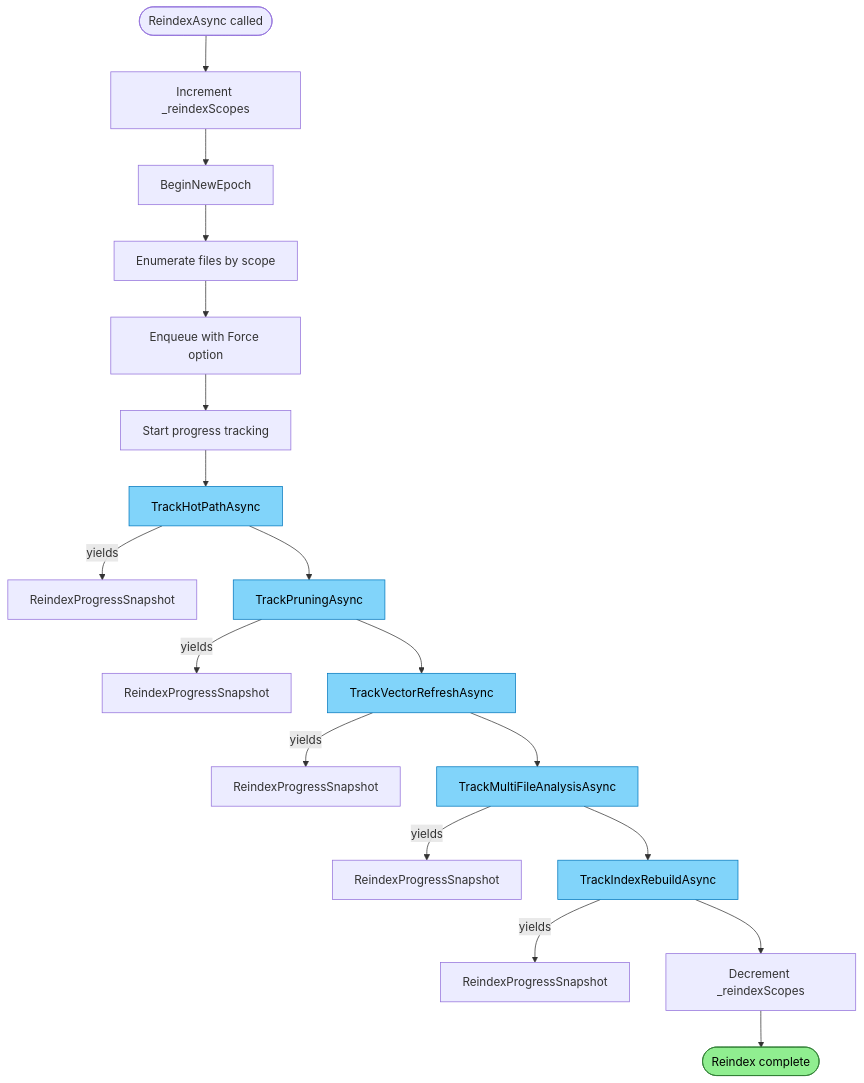
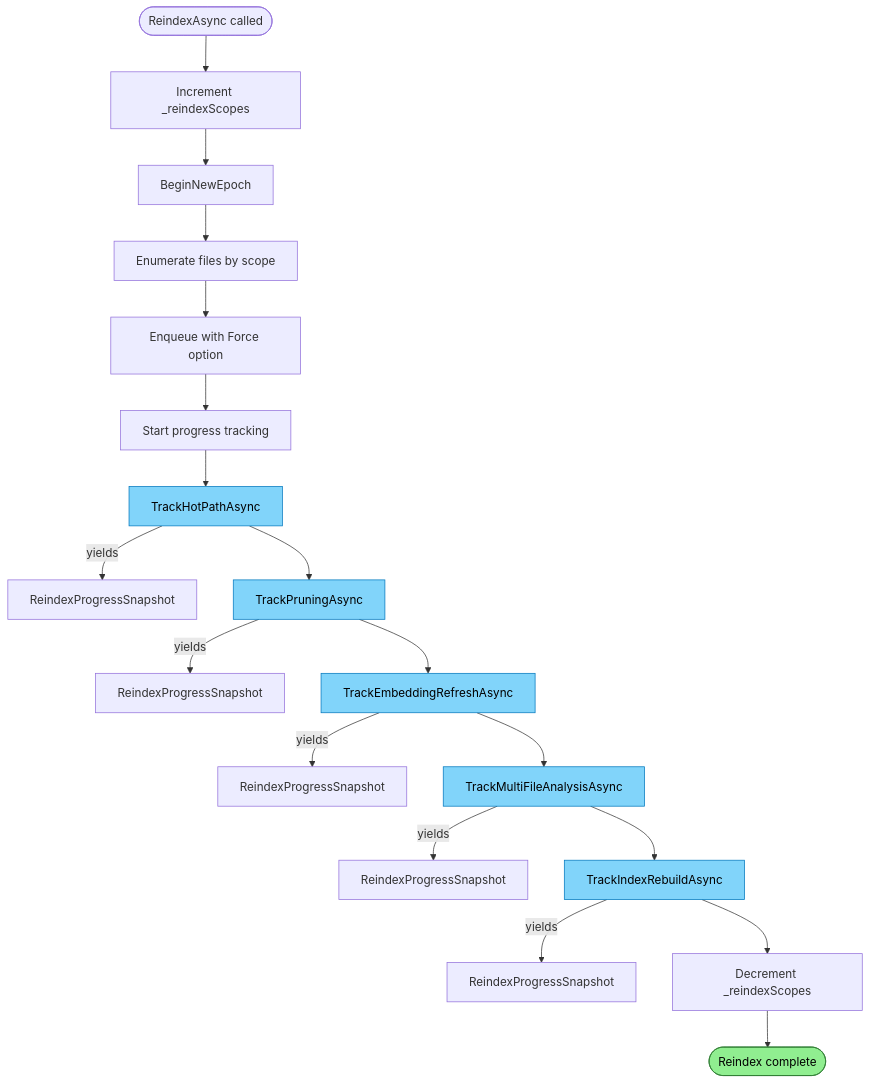
Before and after one commit to RepoQL/RepoQL: the diagram in docs/flows/current/indexing/reindex.md, drawn with Mermaid. The commit also changed 43 other files, not shown here.

````diff
--- a/docs/flows/current/indexing/reindex.md
+++ b/docs/flows/current/indexing/reindex.md
@@ -139,34 +139,34 @@
 ```mermaid
 flowchart TD
     Start([ReindexAsync called]) --> Scope[Increment _reindexScopes]
 
     Scope --> Epoch[BeginNewEpoch]
     Epoch --> Enumerate[Enumerate files by scope]
 
     Enumerate --> Enqueue[Enqueue with Force option]
     Enqueue --> Track[Start progress tracking]
 
     Track --> HotPath[TrackHotPathAsync]:::phase
     HotPath -->|yields| Progress1[ReindexProgressSnapshot]
 
     HotPath --> Prune[TrackPruningAsync]:::phase
     Prune -->|yields| Progress2[ReindexProgressSnapshot]
 
-    Prune --> Embed[TrackVectorRefreshAsync]:::phase
+    Prune --> Embed[TrackEmbeddingRefreshAsync]:::phase
     Embed -->|yields| Progress3[ReindexProgressSnapshot]
 
     Embed --> Analysis[TrackMultiFileAnalysisAsync]:::phase
     Analysis -->|yields| Progress4[ReindexProgressSnapshot]
 
     Analysis --> Rebuild[TrackIndexRebuildAsync]:::phase
     Rebuild -->|yields| Progress5[ReindexProgressSnapshot]
 
     Rebuild --> Finally[Decrement _reindexScopes]
     Finally --> Done([Reindex complete]):::success
 
     classDef success fill:#90EE90,stroke:#2E7D32,color:#000
     classDef phase fill:#81D4FA,stroke:#0277BD,color:#000
 
     %% MEANING: Reindex phases with progress streaming via IAsyncEnumerable
     %% GOTCHA: Each phase yields progress snapshots; pruning enabled by IsReindexing
 ```
````
